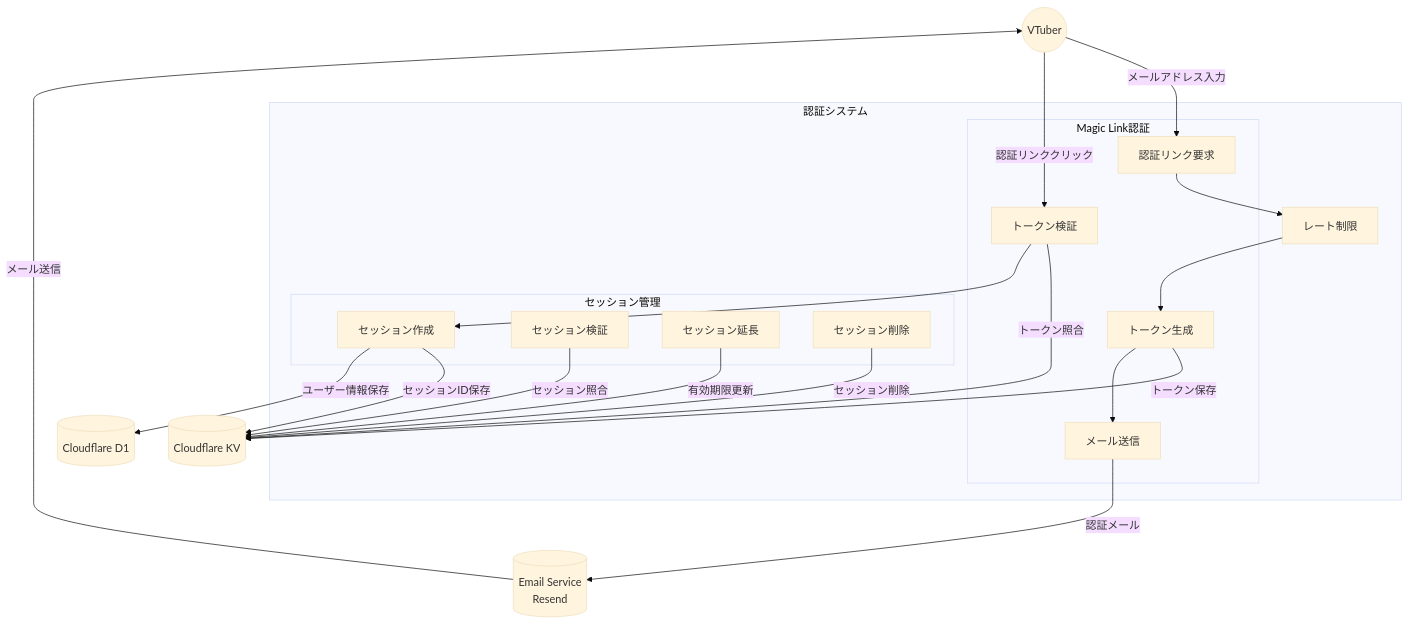
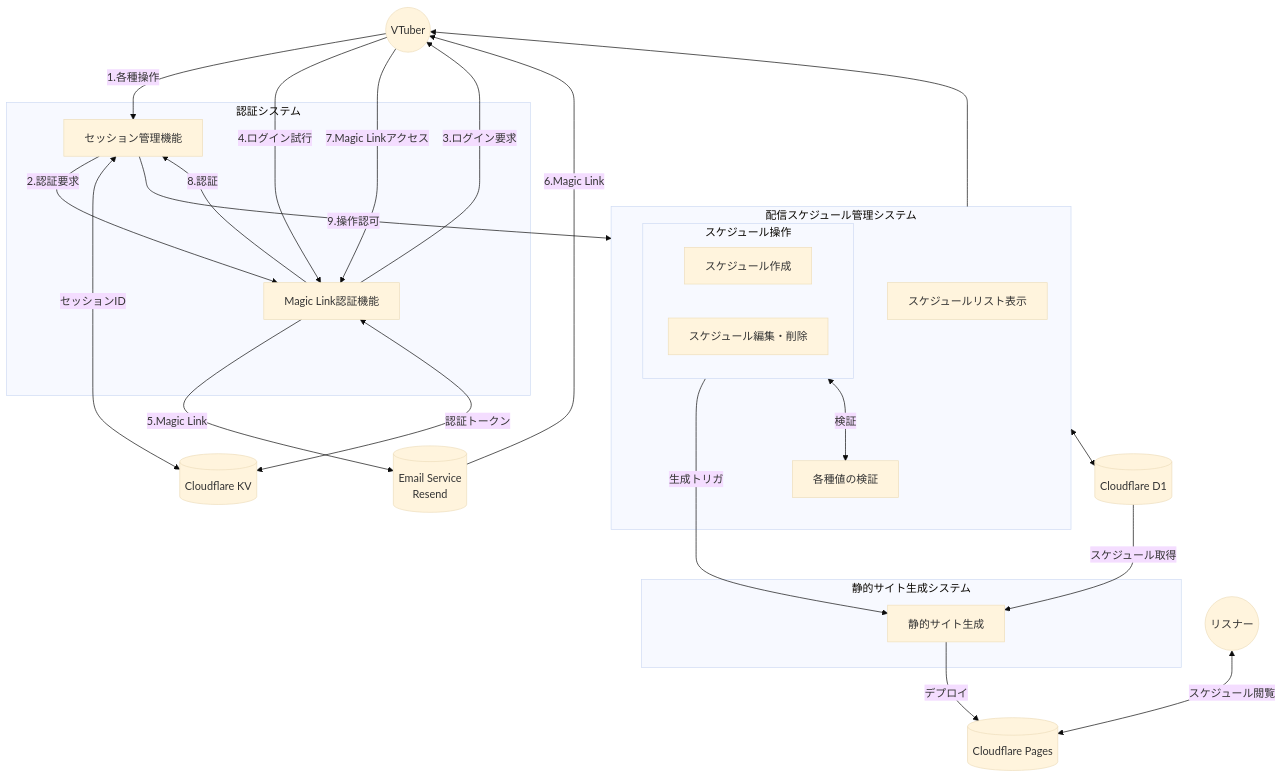
The first of 6 diagrams in doc/devel/PHASE_01/01_05_FUNCTIONAL_SPEC.md (osawa-naotaka/vtunehub), drawn with Mermaid (base theme) before and after one commit. The commit also changed other lines of this file and 1 other file, not shown here.

````diff
--- a/doc/devel/PHASE_01/01_05_FUNCTIONAL_SPEC.md
+++ b/doc/devel/PHASE_01/01_05_FUNCTIONAL_SPEC.md
@@ -10,47 +18,71 @@
 ```mermaid
 graph TB
+
+  %% Actor and External Services
   ACTOR_VTUBER(("VTuber"))
+  ACTOR_USER(("リスナー"))
   SV_EMAIL[("Email Service<BR>Resend")]
   SV_KV[("Cloudflare KV")]
   SV_D1[("Cloudflare D1")]
+  SV_PAGES[("Cloudflare Pages")]
+  
 
+  %% AUth system
   subgraph SYS_AUTH["認証システム"]
-    subgraph SYS_MAGICLINK["Magic Link認証"]
-      FN_REQUEST_LINK["認証リンク要求"]
-      FN_GENERATE_TOKEN["トークン生成"]
-      FN_SEND_EMAIL["メール送信"]
-      FN_VERIFY_TOKEN["トークン検証"]
-    end
-
-    subgraph SYS_SESSION["セッション管理"]
-      FN_CREATE_SESSION["セッション作成"]
-      FN_VERIFY_SESSION["セッション検証"]
-      FN_EXTEND_SESSION["セッション延長"]
-      FN_DELETE_SESSION["セッション削除"]
-    end
-
-    FN_RATE_LIMIT["レート制限"]
+    FN_AUTH["Magic Link認証機能"]
+    FN_SESSION["セッション管理機能"]
   end
 
-  %% アクター
-  ACTOR_VTUBER --"メールアドレス入力"--> FN_REQUEST_LINK
-  ACTOR_VTUBER --"認証リンククリック"--> FN_VERIFY_TOKEN
+  %% Auth flow
+  ACTOR_VTUBER --"1.各種操作"--> FN_SESSION
+    FN_SESSION --"2.認証要求"--> FN_AUTH
+  FN_AUTH --"3.ログイン要求"--> ACTOR_VTUBER
+  ACTOR_VTUBER --"4.ログイン試行"--> FN_AUTH
+  FN_AUTH --"5.Magic Link"--> SV_EMAIL
+  SV_EMAIL --"6.Magic Link"--> ACTOR_VTUBER
+  ACTOR_VTUBER --"7.Magic Linkアクセス"--> FN_AUTH
+    FN_AUTH --"8.認証"--> FN_SESSION
+  FN_SESSION --"9.操作認可"--> SYS_SCHED
 
-  %% Magic Link認証
-  FN_REQUEST_LINK --> FN_RATE_LIMIT
-  FN_RATE_LIMIT --> FN_GENERATE_TOKEN
-  FN_GENERATE_TOKEN --"トークン保存"--> SV_KV
-  FN_GENERATE_TOKEN --> FN_SEND_EMAIL
-  FN_SEND_EMAIL --"認証メール"--> SV_EMAIL
-  SV_EMAIL --"メール送信"--> ACTOR_VTUBER
+  %% Token and ID Storage
+  FN_SESSION <--"セッションID"--> SV_KV
+  FN_AUTH <--"認証トークン"--> SV_KV
 
-  FN_VERIFY_TOKEN --"トークン照合"--> SV_KV
-  FN_VERIFY_TOKEN --> FN_CREATE_SESSION
-  
-  %% セッション管理
-  FN_CREATE_SESSION --"セッションID保存"--> SV_KV
-  FN_CREATE_SESSION --"ユーザー情報保存"--> SV_D1
-  FN_VERIFY_SESSION --"セッション照合"--> SV_KV
-  FN_EXTEND_SESSION --"有効期限更新"--> SV_KV
-  FN_DELETE_SESSION --"セッション削除"--> SV_KV
+
+
+  %% Static Site Generation
+  subgraph SYS_DEPLOY["静的サイト生成システム"]
+    FN_DEPLOY["静的サイト生成"]
+  end
+
+  FN_SCHED_MANIPULATE --"生成トリガ"--> FN_DEPLOY
+
+  %% Access to Static Site
+  ACTOR_USER <--"スケジュール閲覧"--> SV_PAGES
+
+
+
+  %% Schedule Managament System
+  subgraph SYS_SCHED["配信スケジュール管理システム"]
+    subgraph FN_SCHED_MANIPULATE["スケジュール操作"]
+      FN_CREATE["スケジュール作成"]
+      FN_EDIT["スケジュール編集・削除"]
+    end
+    FN_LIST["スケジュールリスト表示"]
+    FN_VALID["各種値の検証"]
+
+    FN_SCHED_MANIPULATE <--"検証"--> FN_VALID
+  end
+
+  %% Schedule Storage
+  SYS_SCHED <--> SV_D1
+
+  %% Static Site Deploy
+  SV_D1 --"スケジュール取得"--> FN_DEPLOY 
+  FN_DEPLOY --"デプロイ"--> SV_PAGES
+
+  %% Response to Actor
+  SYS_SCHED --> ACTOR_VTUBER
+
+
 ```
````
